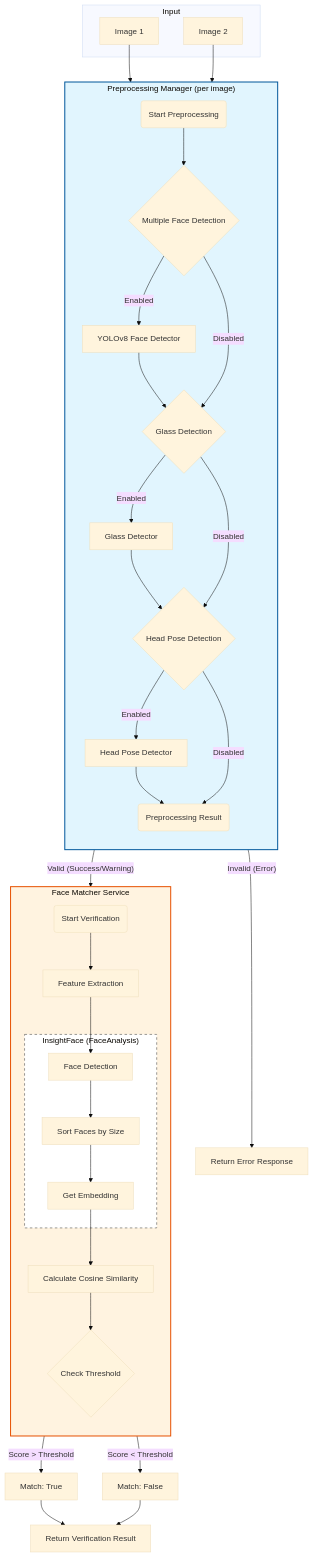
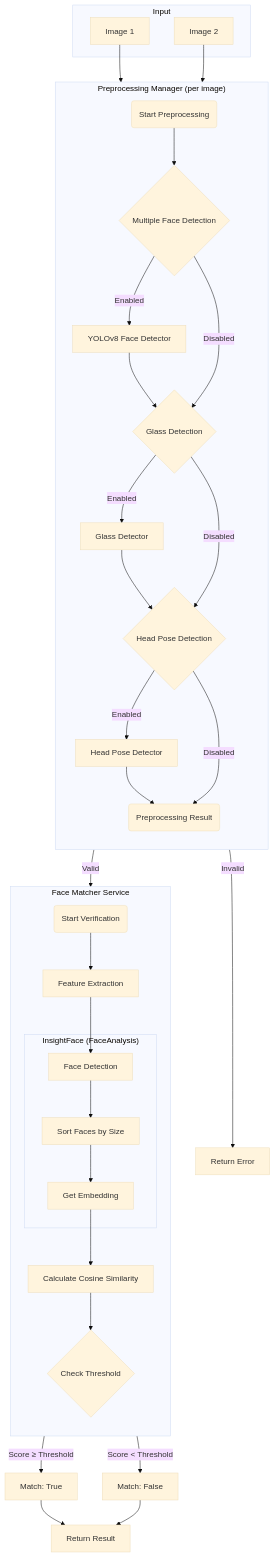
Before and after one commit to SharminNusrat/Face-Verification: the diagram in README.md, drawn with Mermaid (base theme). The commit also changed other lines of this file and 1 other file, not shown here.

Commit message:
Result added for better understanding of what the project does.

````diff
--- a/README.md
+++ b/README.md
@@ -30,72 +51,68 @@
 ```mermaid
 graph TD
     subgraph Input
         I1[Image 1]
         I2[Image 2]
     end
 
     subgraph Preprocessing_Manager["Preprocessing Manager (per image)"]
         direction TB
         PM_Start(Start Preprocessing)
         
         Check1{Multiple Face Detection}
         YOLO[YOLOv8 Face Detector]
         
         Check2{Glass Detection}
         GD[Glass Detector]
         
         Check3{Head Pose Detection}
         HPD[Head Pose Detector]
         
         PM_Start --> Check1
         Check1 -- Enabled --> YOLO
         YOLO --> Check2
         Check1 -- Disabled --> Check2
         
         Check2 -- Enabled --> GD
         GD --> Check3
         Check2 -- Disabled --> Check3
         
         Check3 -- Enabled --> HPD
         HPD --> PM_End(Preprocessing Result)
         Check3 -- Disabled --> PM_End
     end
 
     subgraph Face_Matcher["Face Matcher Service"]
         direction TB
         FM_Start(Start Verification)
         
         FE[Feature Extraction]
         subgraph InsightFace["InsightFace (FaceAnalysis)"]
             Det[Face Detection]
             Sort[Sort Faces by Size]
             Emb[Get Embedding]
         end
         
         Calc[Calculate Cosine Similarity]
         Thresh{Check Threshold}
         
         FM_Start --> FE
         FE --> Det
         Det --> Sort
         Sort --> Emb
         Emb --> Calc
         Calc --> Thresh
     end
 
     I1 --> PM_Start
     I2 --> PM_Start
     
-    PM_End -- "Valid (Success/Warning)" --> FM_Start
-    PM_End -- "Invalid (Error)" --> Error[Return Error Response]
+    PM_End -- "Valid" --> FM_Start
+    PM_End -- "Invalid" --> Error[Return Error]
 
-    Thresh -- "Score > Threshold" --> Match[Match: True]
+    Thresh -- "Score ≥ Threshold" --> Match[Match: True]
     Thresh -- "Score < Threshold" --> NoMatch[Match: False]
 
-    Match --> Result[Return Verification Result]
+    Match --> Result[Return Result]
     NoMatch --> Result
-
-    style Preprocessing_Manager fill:#e1f5fe,stroke:#01579b,stroke-width:2px
-    style Face_Matcher fill:#fff3e0,stroke:#e65100,stroke-width:2px
-    style InsightFace fill:#fff,stroke:#333,stroke-dasharray: 5 5
 ```
````
